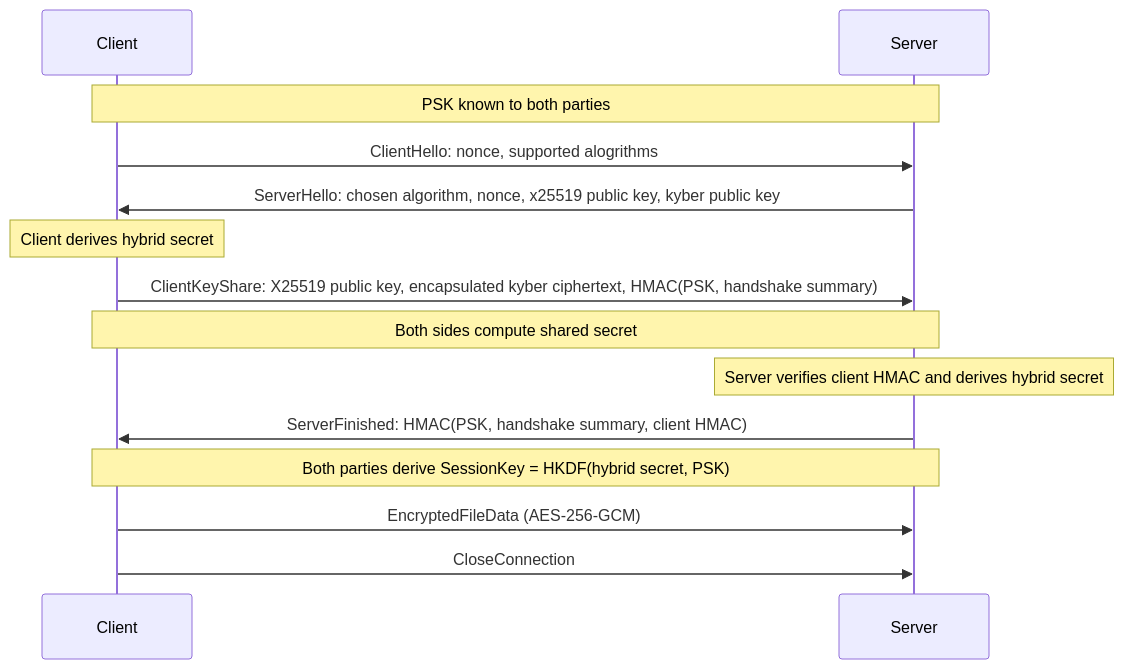
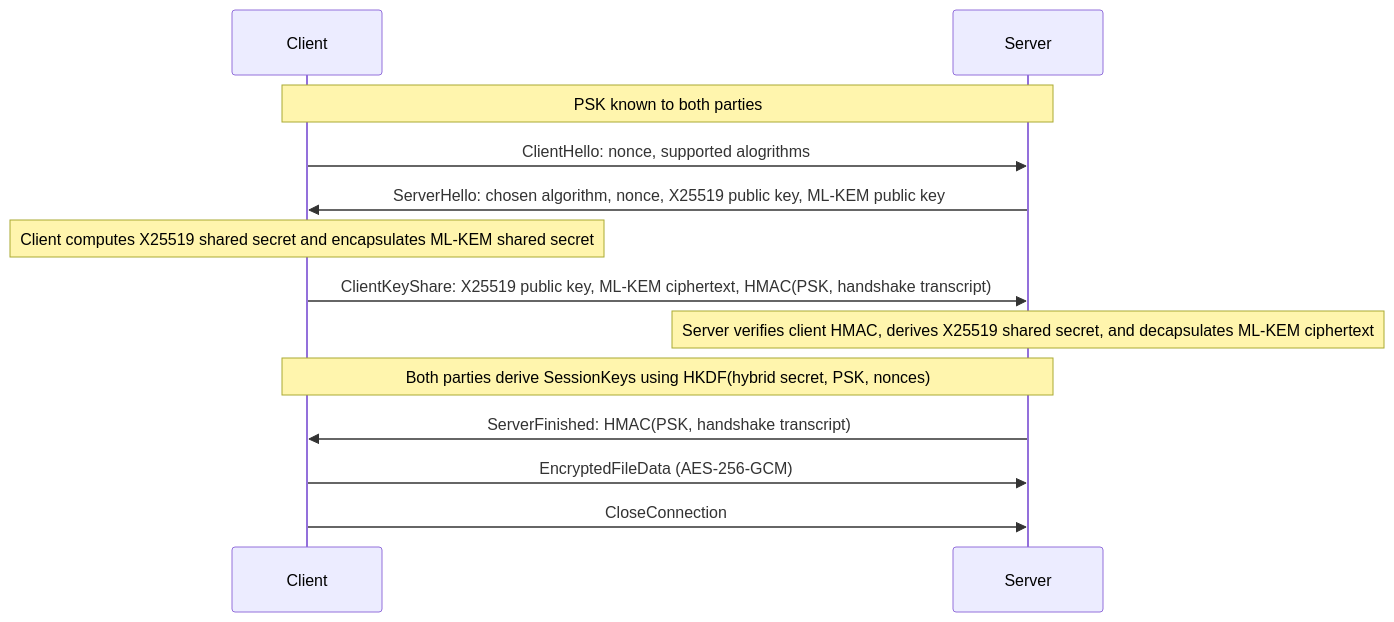
Before and after one commit to biokemisti/qpost: the diagram in README.md, drawn with Mermaid. The commit also changed other lines of this file, not shown here.

Commit message:
README changes

````diff
--- a/README.md
+++ b/README.md
@@ -21,21 +21,20 @@
 ```mermaid
 sequenceDiagram
 Note over Client, Server: PSK known to both parties
 
 Client ->> Server: ClientHello: nonce, supported alogrithms
 
-Server ->> Client: ServerHello: chosen algorithm, nonce, x25519 public key, kyber public key
+Server ->> Client: ServerHello: chosen algorithm, nonce, X25519 public key, ML-KEM public key
 
-Note over Client: Client derives hybrid secret
-Client ->> Server: ClientKeyShare: X25519 public key, encapsulated kyber ciphertext, HMAC(PSK, handshake summary)
+Note over Client: Client computes X25519 shared secret and encapsulates ML-KEM shared secret
+Client ->> Server: ClientKeyShare: X25519 public key, ML-KEM ciphertext, HMAC(PSK, handshake transcript)
 
-Note over Client, Server: Both sides compute shared secret
+Note over Server: Server verifies client HMAC, derives X25519 shared secret, and decapsulates ML-KEM ciphertext
 
-Note over Server: Server verifies client HMAC and derives hybrid secret
-Server ->> Client: ServerFinished: HMAC(PSK, handshake summary, client HMAC)
+Note over Client, Server: Both parties derive SessionKeys using HKDF(hybrid secret, PSK, nonces)
 
-Note over Client, Server: Both parties derive SessionKey = HKDF(hybrid secret, PSK)
+Server ->> Client: ServerFinished: HMAC(PSK, handshake transcript)
 
 Client ->> Server: EncryptedFileData (AES-256-GCM)
 Client ->> Server: CloseConnection
 ```
````
